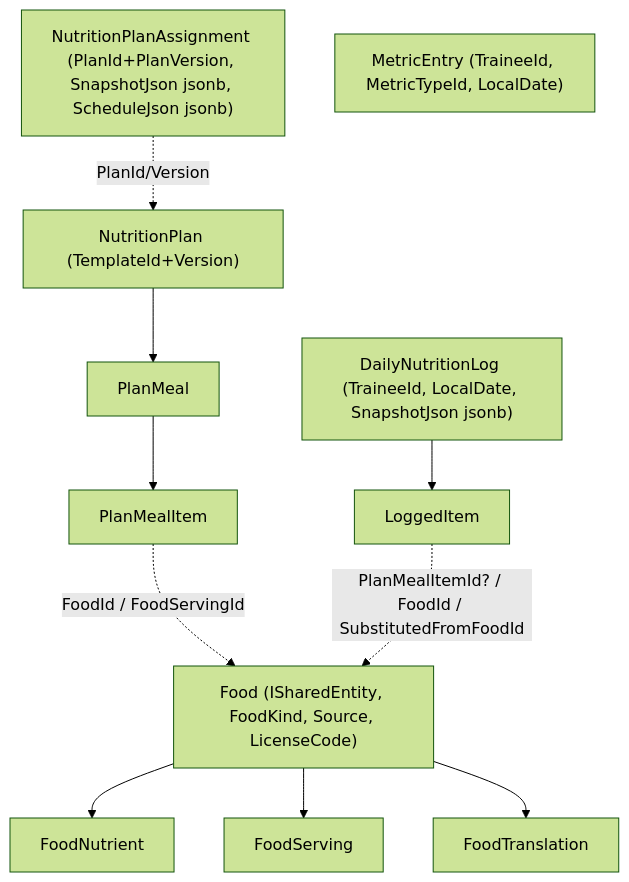
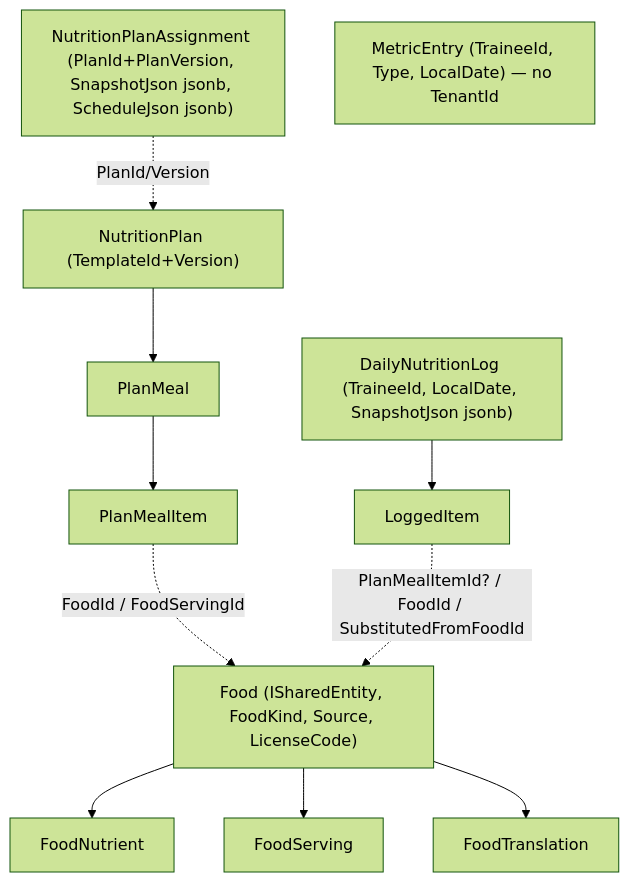
The diagram in docs/nutrition/DATABASE.md (vuhuynguyen/gymbro), drawn with Mermaid (forest theme) before and after one commit. The commit also changed other lines of this file and 58 other files, not shown here.

````diff
--- a/docs/nutrition/DATABASE.md
+++ b/docs/nutrition/DATABASE.md
@@ -32,14 +40,14 @@
 ```mermaid
 flowchart TB
   Food["Food (ISharedEntity, FoodKind, Source, LicenseCode)"]
   Food --> FN[FoodNutrient] 
   Food --> FS[FoodServing]
   Food --> FT[FoodTranslation]
   NP["NutritionPlan (TemplateId+Version)"] --> PM[PlanMeal] --> PMI[PlanMealItem]
   PMI -. FoodId / FoodServingId .-> Food
   NPA["NutritionPlanAssignment (PlanId+PlanVersion, SnapshotJson jsonb, ScheduleJson jsonb)"]
   NPA -. PlanId/Version .-> NP
   DNL["DailyNutritionLog (TraineeId, LocalDate, SnapshotJson jsonb)"] --> LI[LoggedItem]
   LI -. PlanMealItemId? / FoodId / SubstitutedFromFoodId .-> Food
-  ME["MetricEntry (TraineeId, MetricTypeId, LocalDate)"]
+  ME["MetricEntry (TraineeId, Type, LocalDate) — no TenantId"]
 ```
````
